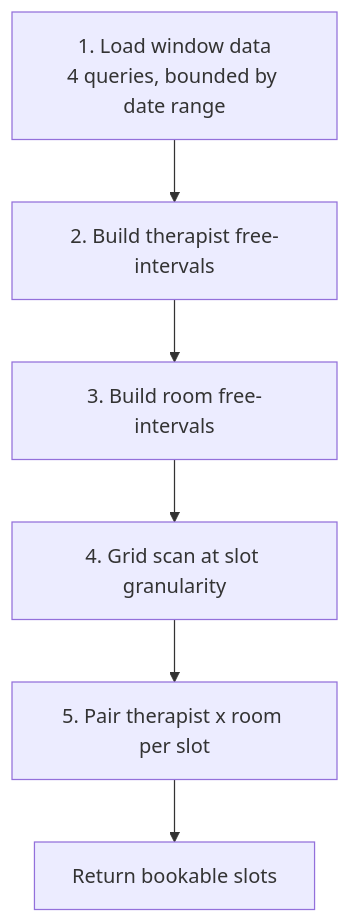
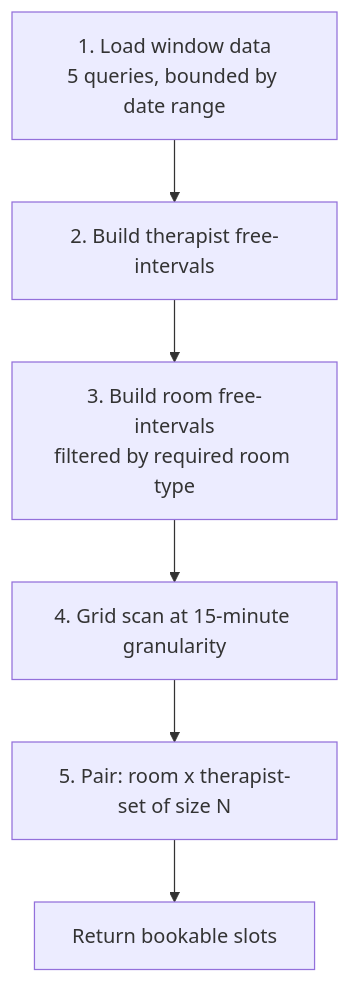
The diagram in docs/03-scheduling-engine.md (Zogoo/salon_crm), drawn with Mermaid before and after one commit. The commit also changed other lines of this file and 8 other files, not shown here.

````diff
--- a/docs/03-scheduling-engine.md
+++ b/docs/03-scheduling-engine.md
@@ -48,8 +80,8 @@
 ```mermaid
 flowchart TD
-    A[1. Load window data<br/>4 queries, bounded by date range] --> B[2. Build therapist free-intervals]
-    B --> C[3. Build room free-intervals]
-    C --> D[4. Grid scan at slot granularity]
-    D --> E[5. Pair therapist x room per slot]
+    A[1. Load window data<br/>5 queries, bounded by date range] --> B[2. Build therapist free-intervals]
+    B --> C[3. Build room free-intervals<br/>filtered by required room type]
+    C --> D[4. Grid scan at 15-minute granularity]
+    D --> E["5. Pair: room x therapist-set of size N"]
     E --> F[Return bookable slots]
 ```
````
